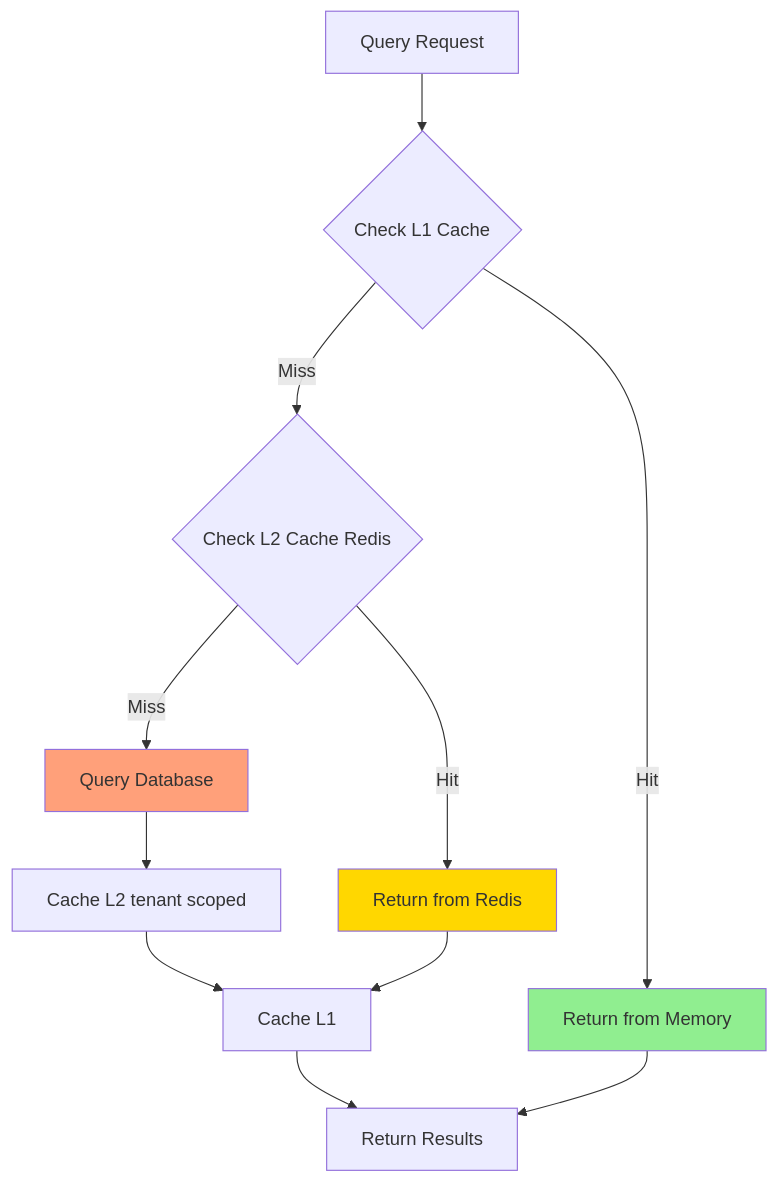
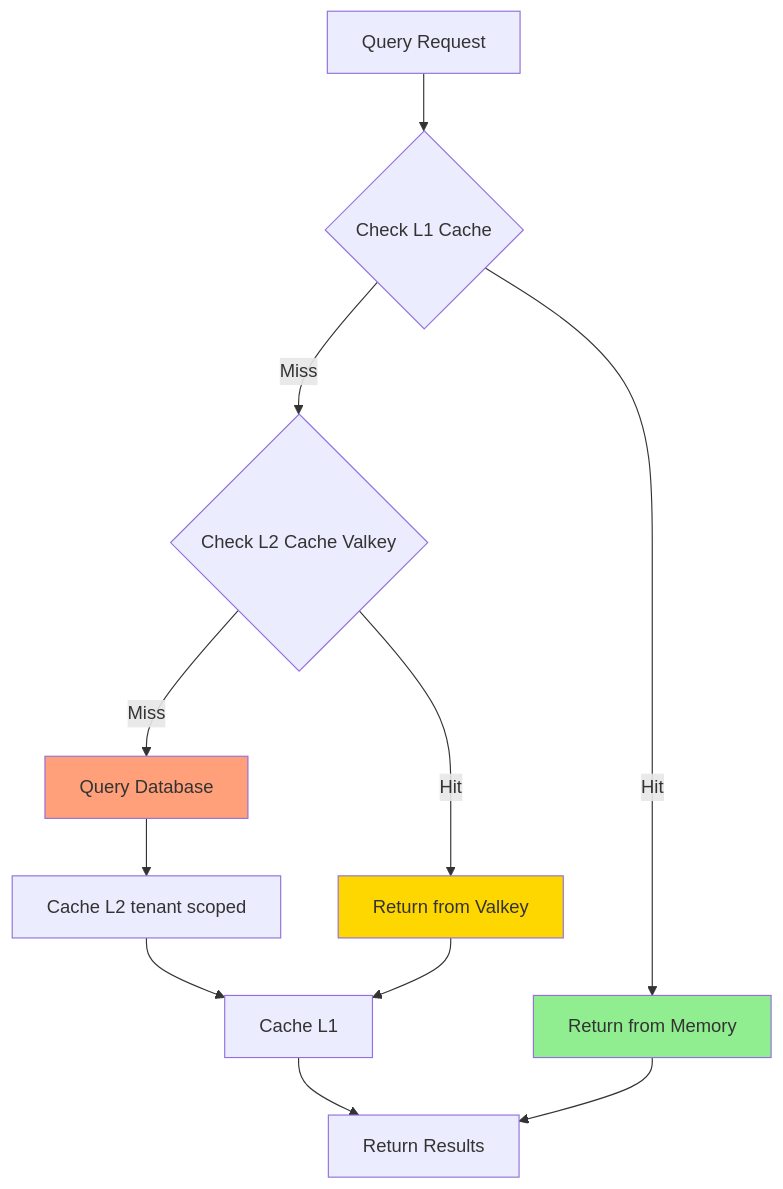
One commit to telemetryflow/telemetryflow-overview changed diagram 19 of 19 in architecture/03-MULTI-TENANCY.md. Above: the diagram before and after it, drawn with Mermaid. The commit also changed 23 other files, not shown here.

First line of the commit message:
docs: relabel Redis->Valkey in architecture/diagrams/prose (follow-up sweep)

````diff
--- a/architecture/03-MULTI-TENANCY.md
+++ b/architecture/03-MULTI-TENANCY.md
@@ -683,21 +683,21 @@
 ```mermaid
 graph TD
     A[Query Request] --> B{Check L1 Cache}
 
     B -->|Hit| C[Return from Memory]
-    B -->|Miss| D{Check L2 Cache Redis}
+    B -->|Miss| D{Check L2 Cache Valkey}
 
-    D -->|Hit| E[Return from Redis]
+    D -->|Hit| E[Return from Valkey]
     D -->|Miss| F[Query Database]
 
     F --> G[Cache L2 tenant scoped]
     G --> H[Cache L1]
     H --> I[Return Results]
 
     C --> I
     E --> H
 
     style C fill:#90EE90
     style E fill:#FFD700
     style F fill:#FFA07A
 ```
````
